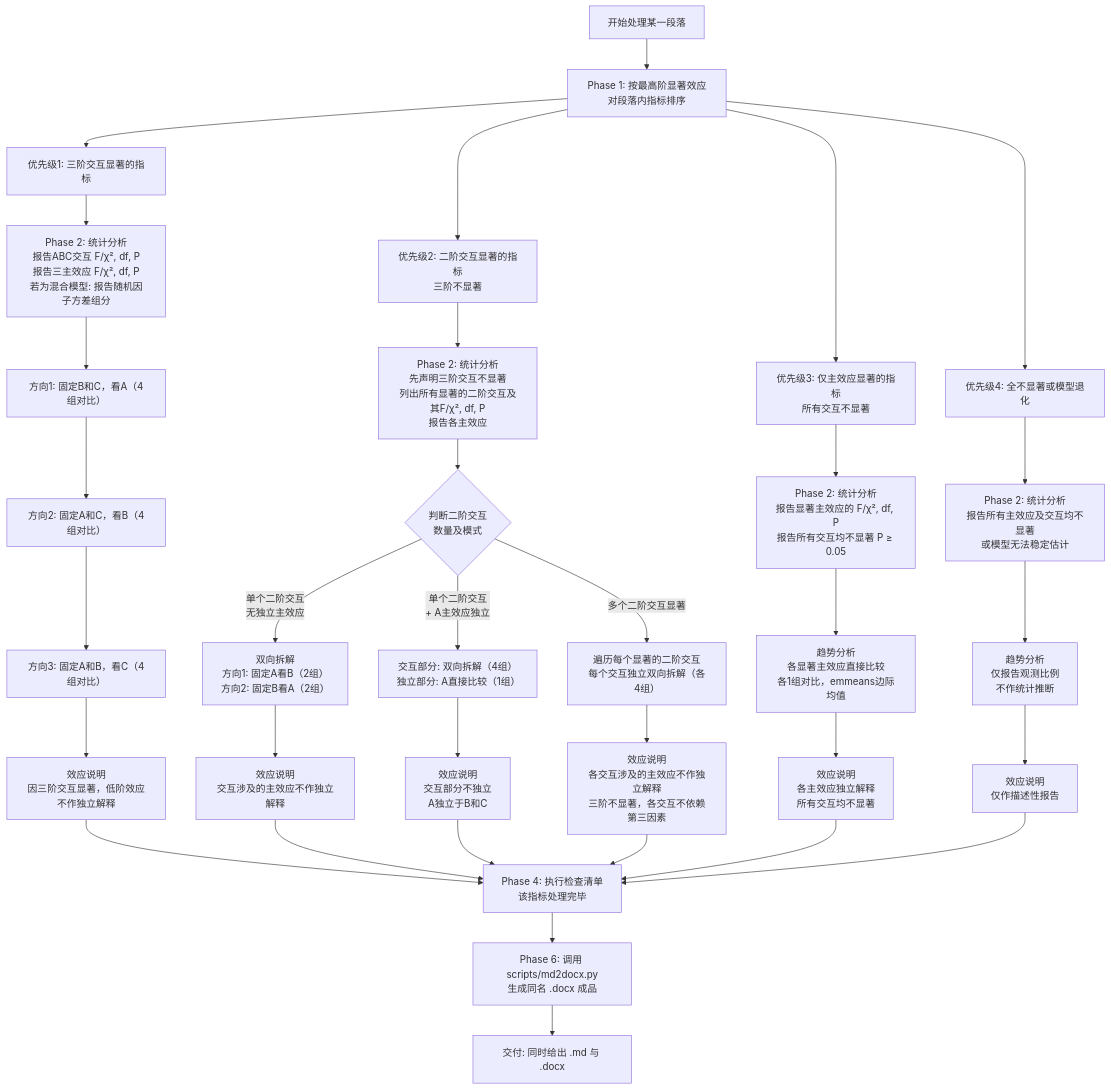
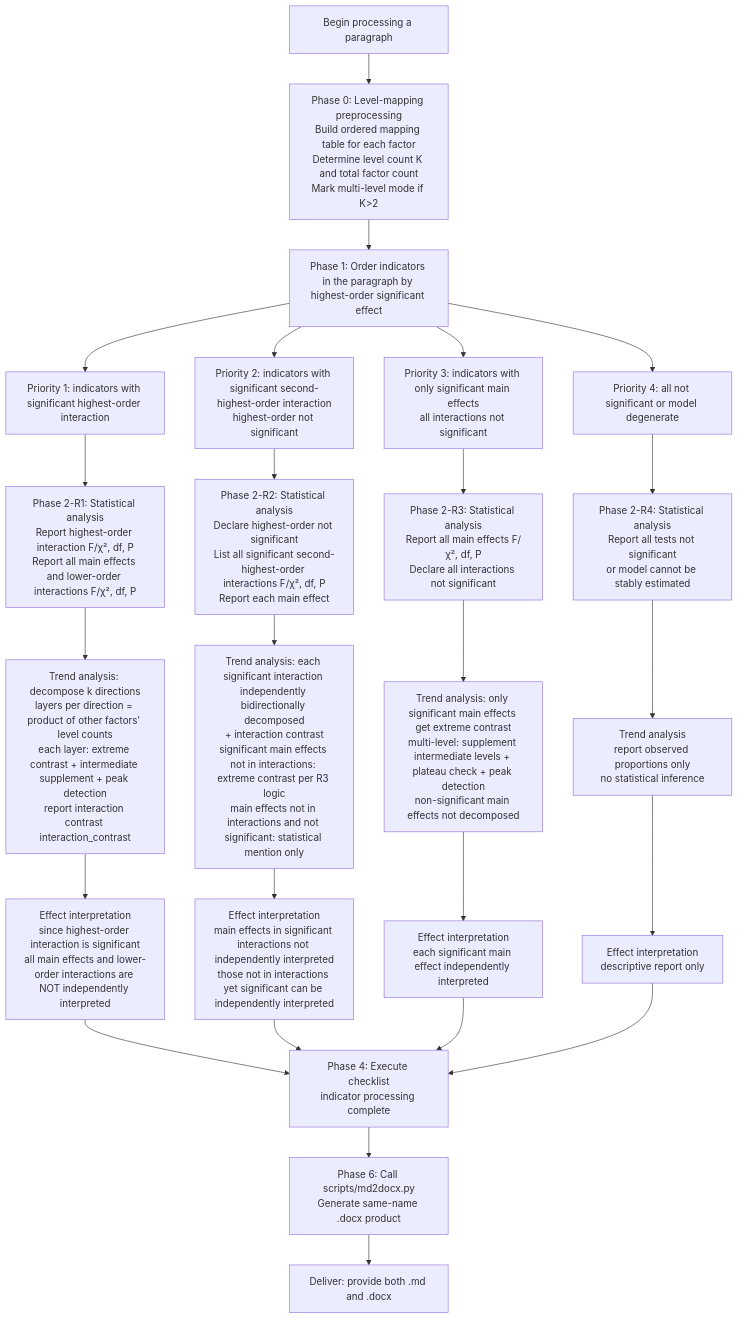
Before and after one commit to xiaojjo/Three-Factor-Results-Writer: the diagram in SKILL.md, drawn with Mermaid. The commit also changed other lines of this file, not shown here.

````diff
--- a/SKILL.md
+++ b/SKILL.md
@@ -84,49 +131,39 @@
 ```mermaid
 flowchart TD
-    START[开始处理某一段落] --> SORT[Phase 1: 按最高阶显著效应对段落内指标排序]
+    START[Begin processing a paragraph] --> P0[Phase 0: Level-mapping preprocessing<br>Build ordered mapping table for each factor<br>Determine level count K and total factor count<br>Mark multi-level mode if K>2]
     
-    SORT --> SORT1[优先级1: 三阶交互显著的指标]
-    SORT --> SORT2[优先级2: 二阶交互显著的指标<br>三阶不显著]
-    SORT --> SORT3[优先级3: 仅主效应显著的指标<br>所有交互不显著]
-    SORT --> SORT4[优先级4: 全不显著或模型退化]
+    P0 --> SORT[Phase 1: Order indicators in the paragraph by highest-order significant effect]
     
-    %% C1 三阶交互显著 → 3种方向全覆盖
-    SORT1 --> C1_STAT["Phase 2: 统计分析<br>报告ABC交互 F/χ², df, P<br>报告三主效应 F/χ², df, P<br>若为混合模型: 报告随机因子方差组分"]
-    C1_STAT --> C1_TREND1["方向1: 固定B和C，看A（4组对比）"]
-    C1_TREND1 --> C1_TREND2["方向2: 固定A和C，看B（4组对比）"]
-    C1_TREND2 --> C1_TREND3["方向3: 固定A和B，看C（4组对比）"]
-    C1_TREND3 --> C1_NOTE["效应说明<br>因三阶交互显著，低阶效应不作独立解释"]
-    C1_NOTE --> FINISH
+    SORT --> SORT1[Priority 1: indicators with significant highest-order interaction]
+    SORT --> SORT2[Priority 2: indicators with significant second-highest-order interaction<br>highest-order not significant]
+    SORT --> SORT3[Priority 3: indicators with only significant main effects<br>all interactions not significant]
+    SORT --> SORT4[Priority 4: all not significant or model degenerate]
     
-    %% C2 二阶交互显著
-    SORT2 --> C2_STAT["Phase 2: 统计分析<br>先声明三阶交互不显著<br>列出所有显著的二阶交互及其F/χ², df, P<br>报告各主效应"]
-    C2_STAT --> C2_CHECK{"判断二阶交互<br>数量及模式"}
+    %% R1 highest-order interaction significant
+    SORT1 --> R1_STAT["Phase 2-R1: Statistical analysis<br>Report highest-order interaction F/χ², df, P<br>Report all main effects and lower-order interactions F/χ², df, P"]
+    R1_STAT --> R1_TREND["Trend analysis: decompose k directions<br>layers per direction = product of other factors' level counts<br>each layer: extreme contrast + intermediate supplement + peak detection<br>report interaction contrast interaction_contrast"]
+    R1_TREND --> R1_NOTE["Effect interpretation<br>since highest-order interaction is significant<br>all main effects and lower-order interactions are NOT independently interpreted"]
+    R1_NOTE --> FINISH
     
-    C2_CHECK -->|单个二阶交互<br>无独立主效应| C2_SINGLE["双向拆解<br>方向1: 固定A看B（2组）<br>方向2: 固定B看A（2组）"]
-    C2_SINGLE --> C2_SINGLE_NOTE["效应说明<br>交互涉及的主效应不作独立解释"]
-    C2_SINGLE_NOTE --> FINISH
+    %% R2 second-highest-order interaction significant
+    SORT2 --> R2_STAT["Phase 2-R2: Statistical analysis<br>Declare highest-order not significant<br>List all significant second-highest-order interactions F/χ², df, P<br>Report each main effect"]
+    R2_STAT --> R2_TREND["Trend analysis: each significant interaction independently bidirectionally decomposed<br>+ interaction contrast<br>significant main effects not in interactions: extreme contrast per R3 logic<br>main effects not in interactions and not significant: statistical mention only"]
+    R2_TREND --> R2_NOTE["Effect interpretation<br>main effects in significant interactions not independently interpreted<br>those not in interactions yet significant can be independently interpreted"]
+    R2_NOTE --> FINISH
     
-    C2_CHECK -->|单个二阶交互<br>+ A主效应独立| C2_WITH_IND["交互部分: 双向拆解（4组）<br>独立部分: A直接比较（1组）"]
-    C2_WITH_IND --> C2_WITH_IND_NOTE["效应说明<br>交互部分不独立<br>A独立于B和C"]
-    C2_WITH_IND_NOTE --> FINISH
+    %% R3 only main effects significant
+    SORT3 --> R3_STAT["Phase 2-R3: Statistical analysis<br>Report all main effects F/χ², df, P<br>Declare all interactions not significant"]
+    R3_STAT --> R3_TREND["Trend analysis: only significant main effects get extreme contrast<br>multi-level: supplement intermediate levels + plateau check + peak detection<br>non-significant main effects not decomposed"]
+    R3_TREND --> R3_NOTE["Effect interpretation<br>each significant main effect independently interpreted"]
+    R3_NOTE --> FINISH
     
-    C2_CHECK -->|多个二阶交互显著| C2_COMPLEX["遍历每个显著的二阶交互<br>每个交互独立双向拆解（各4组）"]
-    C2_COMPLEX --> C2_COMPLEX_NOTE["效应说明<br>各交互涉及的主效应不作独立解释<br>三阶不显著，各交互不依赖第三因素"]
-    C2_COMPLEX_NOTE --> FINISH
+    %% R4 all not significant / model degenerate
+    SORT4 --> R4_STAT["Phase 2-R4: Statistical analysis<br>Report all tests not significant<br>or model cannot be stably estimated"]
+    R4_STAT --> R4_TREND["Trend analysis<br>report observed proportions only<br>no statistical inference"]
+    R4_TREND --> R4_NOTE["Effect interpretation<br>descriptive report only"]
+    R4_NOTE --> FINISH
     
-    %% C3 仅主效应显著
-    SORT3 --> C3_STAT["Phase 2: 统计分析<br>报告显著主效应的 F/χ², df, P<br>报告所有交互均不显著 P ≥ 0.05"]
-    C3_STAT --> C3_TREND["趋势分析<br>各显著主效应直接比较<br>各1组对比，emmeans边际均值"]
-    C3_TREND --> C3_NOTE["效应说明<br>各主效应独立解释<br>所有交互均不显著"]
-    C3_NOTE --> FINISH
-    
-    %% C4 全不显著/模型退化
-    SORT4 --> C4_STAT["Phase 2: 统计分析<br>报告所有主效应及交互均不显著<br>或模型无法稳定估计"]
-    C4_STAT --> C4_TREND["趋势分析<br>仅报告观测比例<br>不作统计推断"]
-    C4_TREND --> C4_NOTE["效应说明<br>仅作描述性报告"]
-    C4_NOTE --> FINISH
-    
-    FINISH["Phase 4: 执行检查清单<br>该指标处理完毕"]
-    FINISH --> DOCX["Phase 6: 调用 scripts/md2docx.py<br>生成同名 .docx 成品"]
-    DOCX --> END["交付: 同时给出 .md 与 .docx"]
+    FINISH["Phase 4: Execute checklist<br>indicator processing complete"]
+    FINISH --> DOCX["Phase 6: Call scripts/md2docx.py<br>Generate same-name .docx product"]
+    DOCX --> END["Deliver: provide both .md and .docx"]
 ```
````
